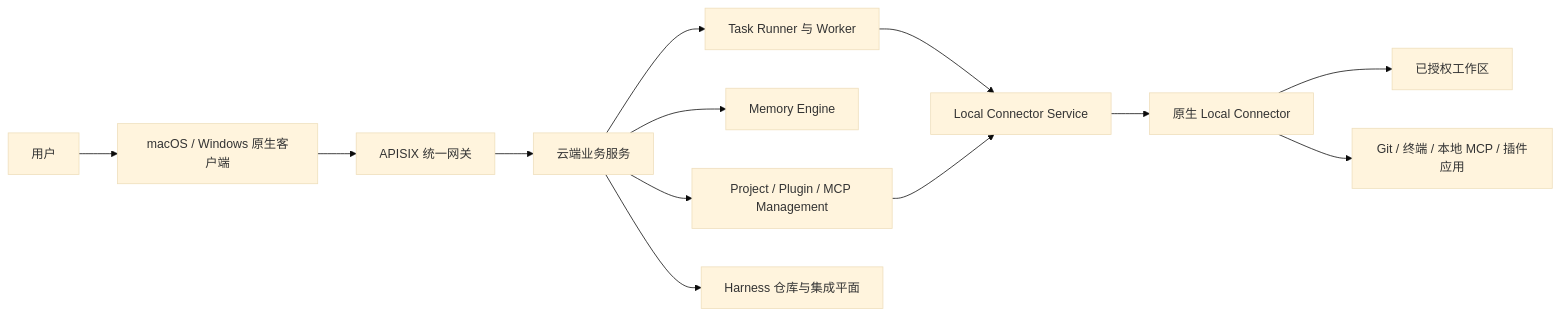
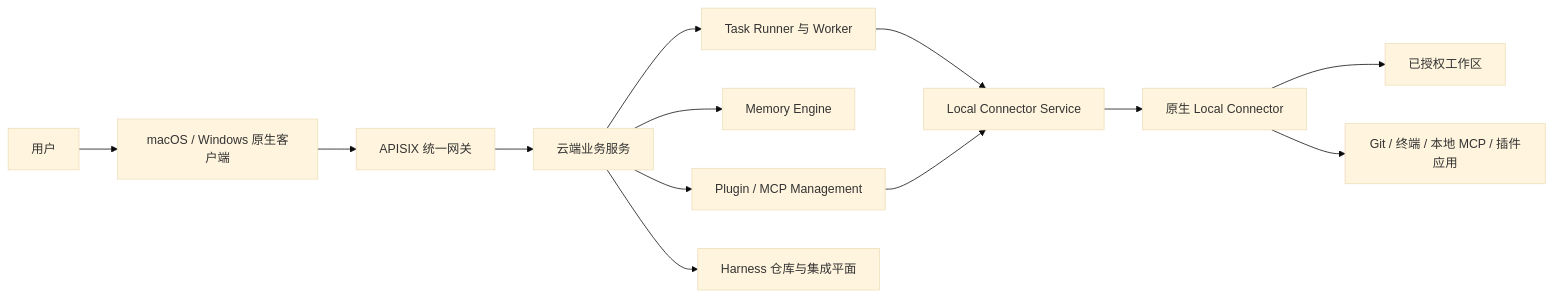
The diagram in README.zh-CN.md (leeoohoo/chatos_rs), drawn with Mermaid (base theme) before and after one commit. The commit also changed other lines of this file and 105 other files, not shown here.

Commit message:
refactor(projects): remove project plugin and task bridge

````diff
--- a/README.zh-CN.md
+++ b/README.zh-CN.md
@@ -36,15 +34,15 @@
 ```mermaid
 flowchart LR
     U[用户] --> C[macOS / Windows 原生客户端]
     C --> G[APISIX 统一网关]
     G --> S[云端业务服务]
     S --> T[Task Runner 与 Worker]
     S --> M[Memory Engine]
-    S --> P[Project / Plugin / MCP Management]
+    S --> P[Plugin / MCP Management]
     T --> L[Local Connector Service]
     P --> L
     L --> N[原生 Local Connector]
     N --> W[已授权工作区]
     N --> X[Git / 终端 / 本地 MCP / 插件应用]
     S --> H[Harness 仓库与集成平面]
 ```
````
